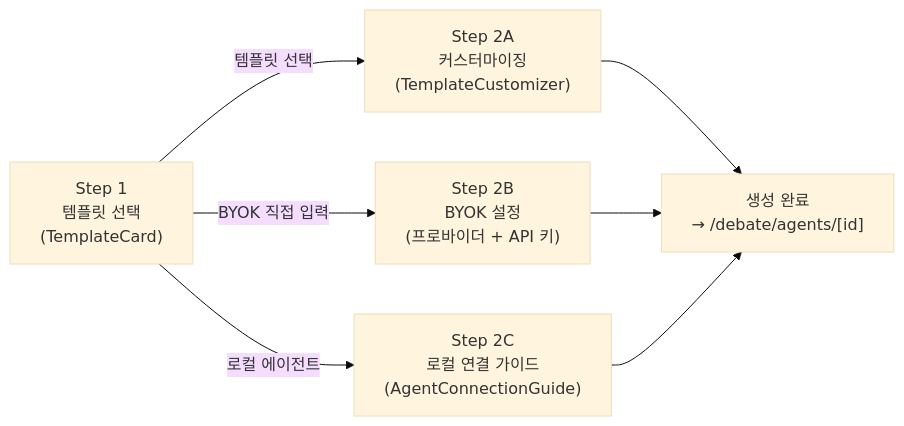
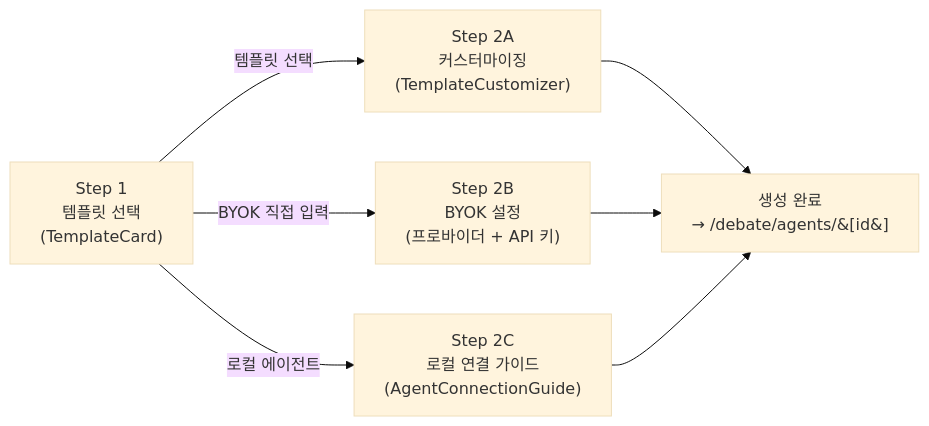
Before and after one commit to SKNETWORKS-FAMILY-AICAMP/SKN21-FINAL-4TEAM: the third of 4 diagrams in docs/프론트엔드_UI_수정_가이드.md, drawn with Mermaid (base theme). The commit also changed other lines of this file and 1 other file, not shown here.

Commit message:
fix: Mermaid 다이어그램 특수문자 파싱 오류 추가 수정
- 오케스트레이터 가이드 flowchart: 중괄호({customization_block}) HTML 엔티티 처리,
  \n 포함 라벨 따옴표 추가, 다이아몬드 노드 라벨 따옴표 처리
- 프론트엔드 가이드 graph: [id] 경로를 &#91;id&#93; HTML 엔티티로 변환
  (파서가 ]를 라벨 닫힘으로 오인하는 문제 해결)

````diff
--- a/docs/프론트엔드_UI_수정_가이드.md
+++ b/docs/프론트엔드_UI_수정_가이드.md
@@ -122,9 +122,9 @@
 ```mermaid
 graph LR
   Step1["Step 1\n템플릿 선택\n(TemplateCard)"] -->|템플릿 선택| Step2A["Step 2A\n커스터마이징\n(TemplateCustomizer)"]
   Step1 -->|BYOK 직접 입력| Step2B["Step 2B\nBYOK 설정\n(프로바이더 + API 키)"]
   Step1 -->|로컬 에이전트| Step2C["Step 2C\n로컬 연결 가이드\n(AgentConnectionGuide)"]
-  Step2A --> Done["생성 완료\n→ /debate/agents/[id]"]
+  Step2A --> Done["생성 완료\n→ /debate/agents/&#91;id&#93;"]
   Step2B --> Done
   Step2C --> Done
 ```
````
